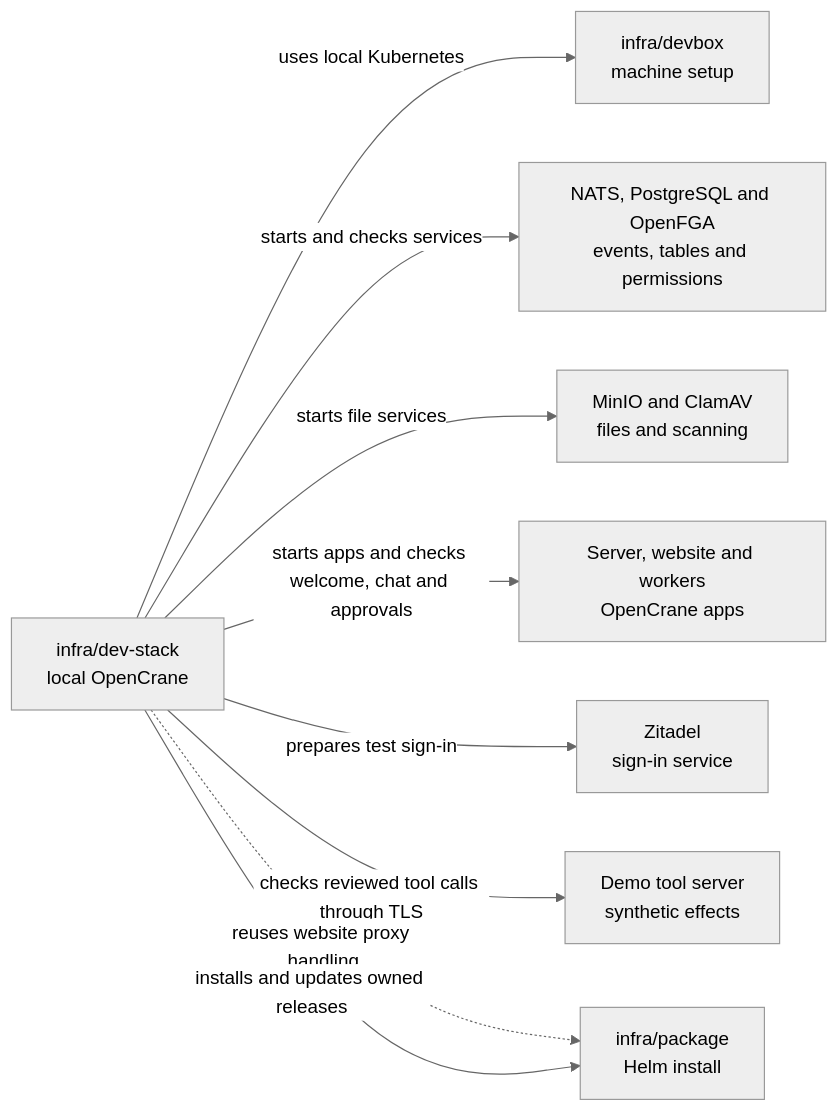
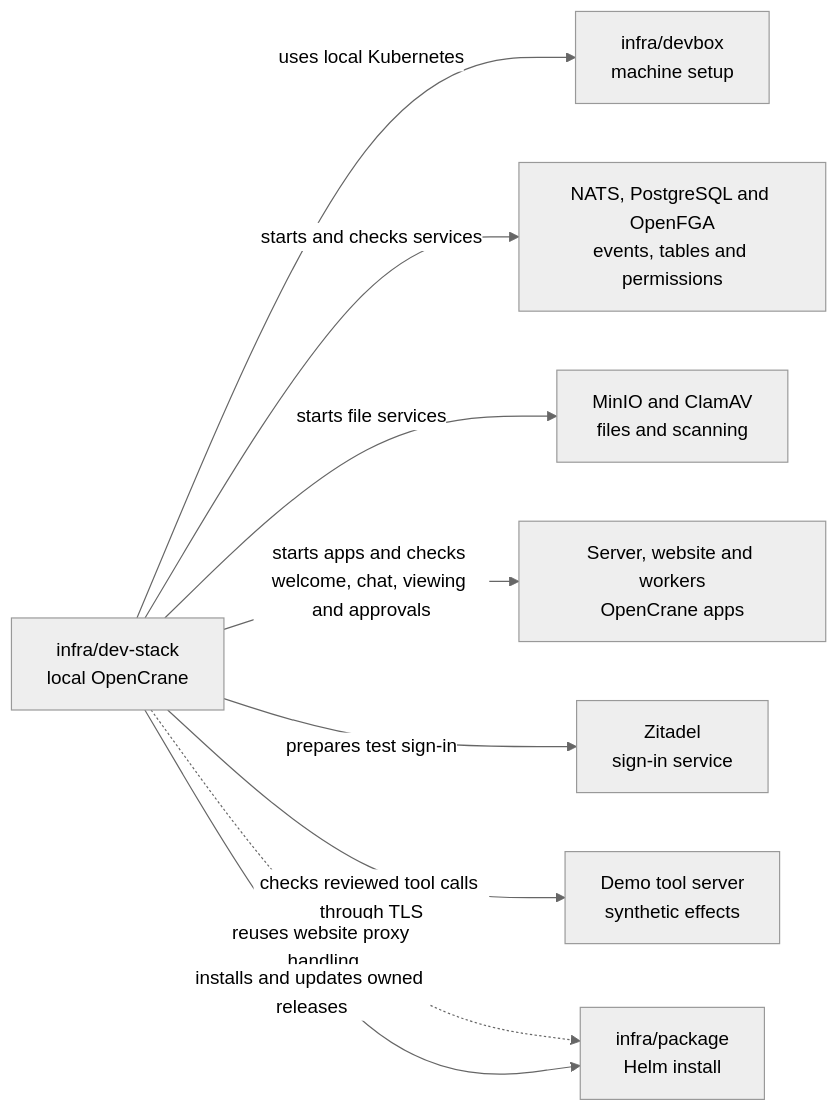
One commit to elewa-git/opencrane-new changed the diagram in infra/dev-stack/README.md. Above: the diagram before and after it, drawn with Mermaid (neutral theme). The commit also changed other lines of this file and 106 other files, not shown here.

````diff
--- a/infra/dev-stack/README.md
+++ b/infra/dev-stack/README.md
@@ -23,11 +23,11 @@
 ```mermaid
 flowchart LR
   stack["infra/dev-stack<br/>local OpenCrane"] -->|uses local Kubernetes| devbox["infra/devbox<br/>machine setup"]
   stack -->|starts and checks services| services["NATS, PostgreSQL and OpenFGA<br/>events, tables and permissions"]
   stack -->|starts file services| files["MinIO and ClamAV<br/>files and scanning"]
-  stack -->|starts apps and checks welcome, chat and approvals| apps["Server, website and workers<br/>OpenCrane apps"]
+  stack -->|starts apps and checks welcome, chat, viewing and approvals| apps["Server, website and workers<br/>OpenCrane apps"]
   stack -->|prepares test sign-in| zitadel["Zitadel<br/>sign-in service"]
   stack -->|checks reviewed tool calls through TLS| demo["Demo tool server<br/>synthetic effects"]
   stack -.->|reuses website proxy handling| package
   stack -->|installs and updates owned releases| package["infra/package<br/>Helm install"]
 ```
````
